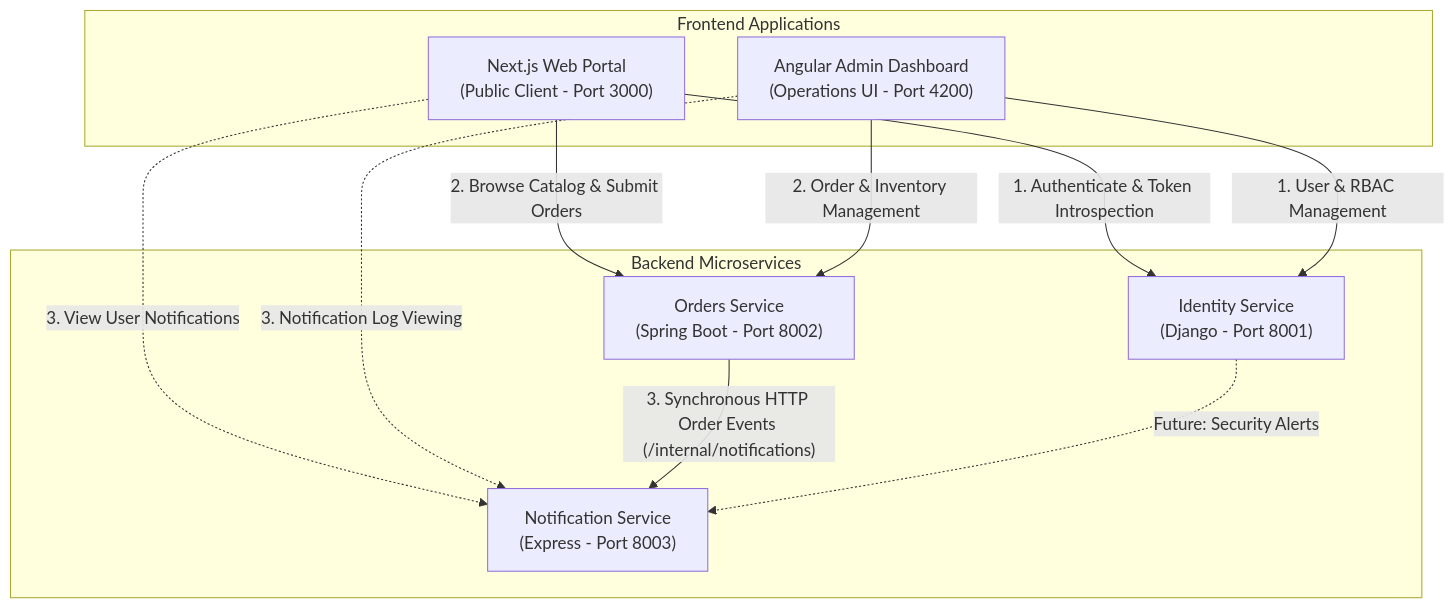
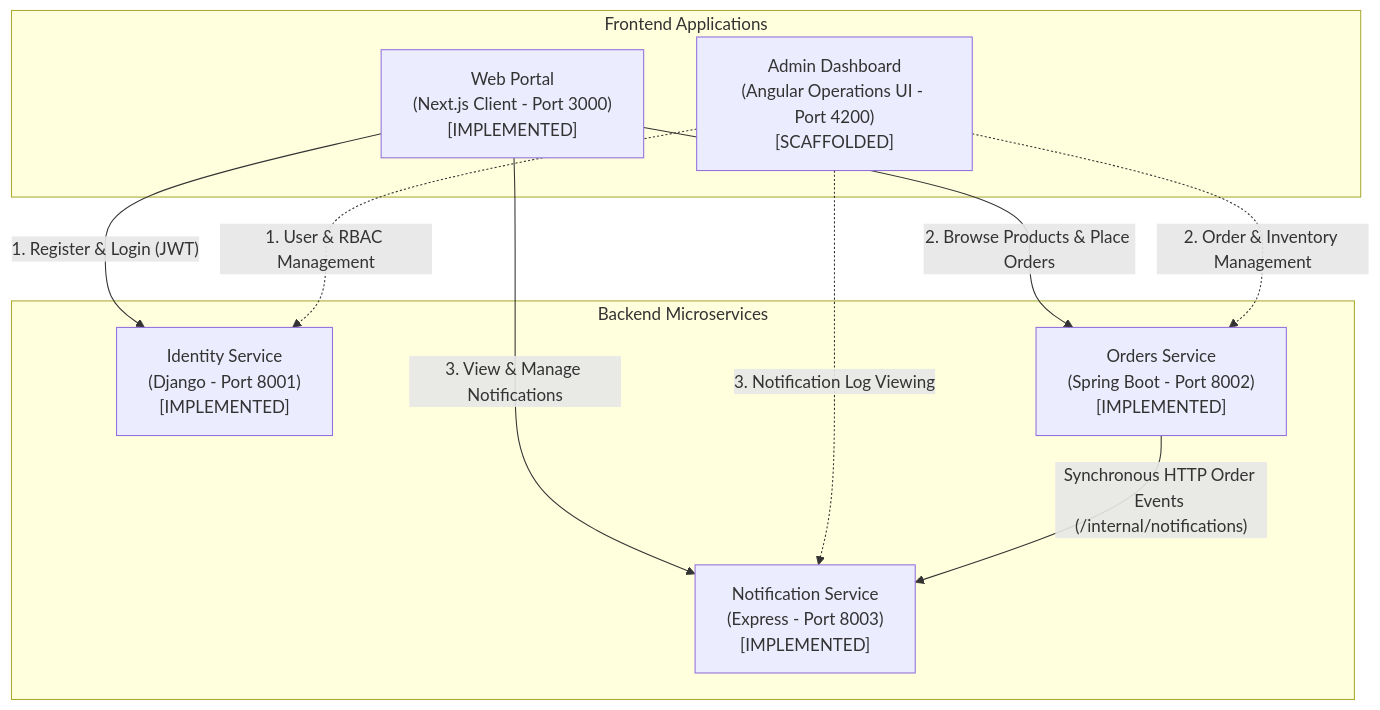
One commit to O2sa/DevSecOps-Monorepo-Shawcase changed the diagram in docs/architecture/system-overview.md. Above: the diagram before and after it, drawn with Mermaid. The commit also changed other lines of this file and 25 other files, not shown here.

Commit message:
feat: initialize Next.js web application with core features, authentication, and service integration documentation

````diff
--- a/docs/architecture/system-overview.md
+++ b/docs/architecture/system-overview.md
@@ -18,27 +19,26 @@
 ```mermaid
 flowchart TD
     subgraph Frontend Applications
-        Web["Next.js Web Portal<br/>(Public Client - Port 3000)"]
-        Dashboard["Angular Admin Dashboard<br/>(Operations UI - Port 4200)"]
+        Web["Web Portal<br/>(Next.js Client - Port 3000)<br/>[IMPLEMENTED]"]
+        Dashboard["Admin Dashboard<br/>(Angular Operations UI - Port 4200)<br/>[SCAFFOLDED]"]
     end
 
     subgraph Backend Microservices
-        Identity["Identity Service<br/>(Django - Port 8001)"]
-        Orders["Orders Service<br/>(Spring Boot - Port 8002)"]
-        Notify["Notification Service<br/>(Express - Port 8003)"]
+        Identity["Identity Service<br/>(Django - Port 8001)<br/>[IMPLEMENTED]"]
+        Orders["Orders Service<br/>(Spring Boot - Port 8002)<br/>[IMPLEMENTED]"]
+        Notify["Notification Service<br/>(Express - Port 8003)<br/>[IMPLEMENTED]"]
     end
 
-    %% Public user flows
-    Web -->|"1. Authenticate & Token Introspection"| Identity
-    Web -->|"2. Browse Catalog & Submit Orders"| Orders
-    Web -.->|"3. View User Notifications"| Notify
+    %% Web Portal flows
+    Web -->|"1. Register & Login (JWT)"| Identity
+    Web -->|"2. Browse Products & Place Orders"| Orders
+    Web -->|"3. View & Manage Notifications"| Notify
 
-    %% Admin user flows
-    Dashboard -->|"1. User & RBAC Management"| Identity
-    Dashboard -->|"2. Order & Inventory Management"| Orders
+    %% Admin flows
+    Dashboard -.->|"1. User & RBAC Management"| Identity
+    Dashboard -.->|"2. Order & Inventory Management"| Orders
     Dashboard -.->|"3. Notification Log Viewing"| Notify
 
     %% Service-to-service communication
-    Orders -->|"3. Synchronous HTTP Order Events (/internal/notifications)"| Notify
-    Identity -.->|"Future: Security Alerts"| Notify
+    Orders -->|"Synchronous HTTP Order Events (/internal/notifications)"| Notify
 ```
````
